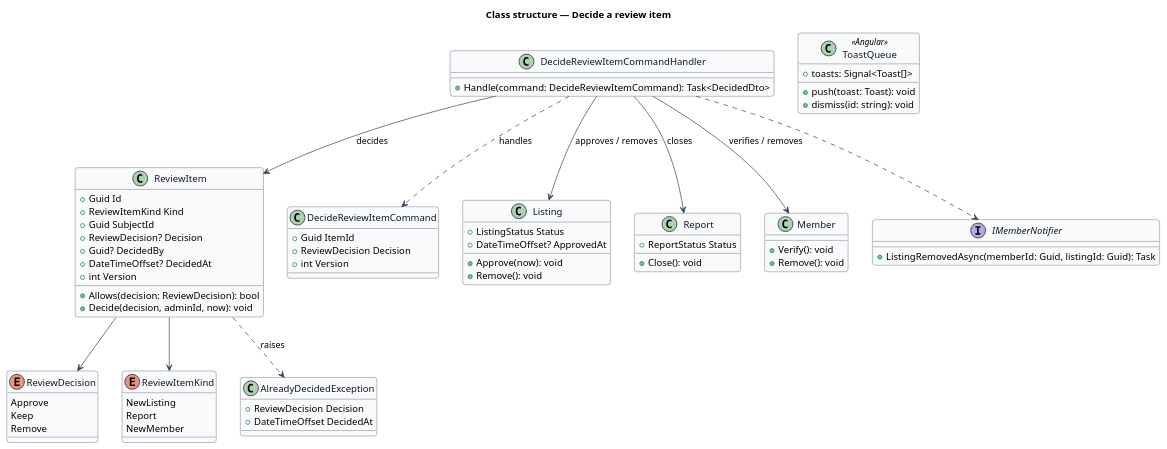
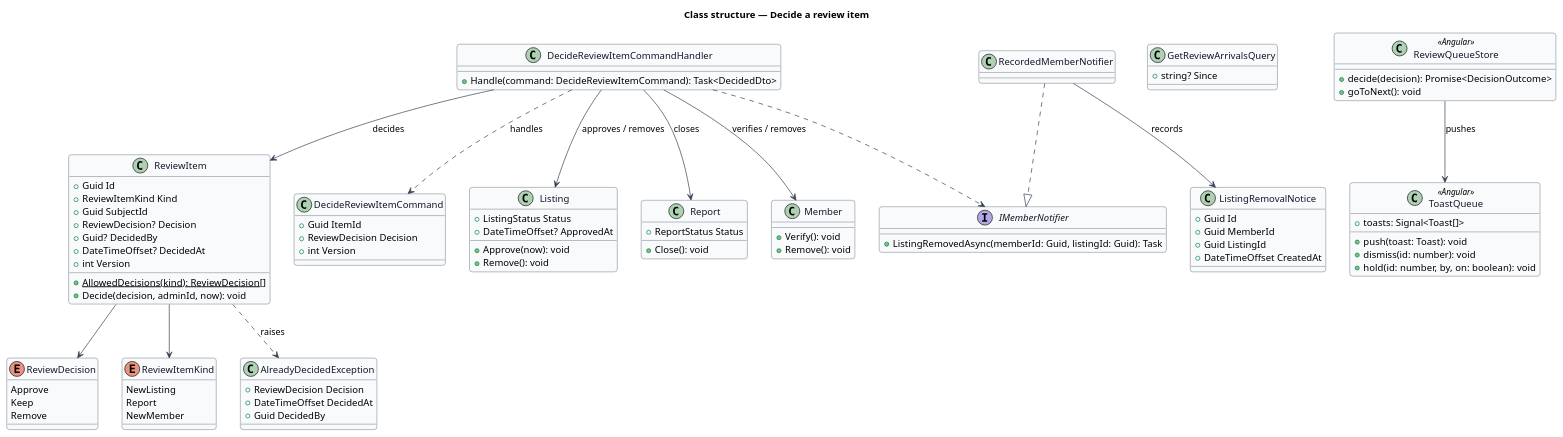
Before and after one commit to QuinntyneBrown/christian-rent: the diagram in docs/detailed-designs/review/decide-review-item/diagrams/class-structure.puml, drawn with PlantUML. The commit also changed 49 other files, not shown here.

```diff
--- a/docs/detailed-designs/review/decide-review-item/diagrams/class-structure.puml
+++ b/docs/detailed-designs/review/decide-review-item/diagrams/class-structure.puml
@@ -1,80 +1,99 @@
 @startuml
 ' --- shared skin header ---
 skinparam backgroundColor #FFFFFF
 skinparam shadowing false
 skinparam roundcorner 8
 skinparam defaultFontName Arial
 skinparam ArrowColor #344054
 skinparam class {
   BorderColor #344054
   FontColor #101828
   BackgroundColor #F9FAFB
 }
 ' --------------------------
 title Class structure — Decide a review item
 
 enum ReviewDecision {
   Approve
   Keep
   Remove
 }
 enum ReviewItemKind {
   NewListing
   Report
   NewMember
 }
 class ReviewItem {
   +Guid Id
   +ReviewItemKind Kind
   +Guid SubjectId
   +ReviewDecision? Decision
   +Guid? DecidedBy
   +DateTimeOffset? DecidedAt
   +int Version
-  +Allows(decision: ReviewDecision): bool
+  {static} +AllowedDecisions(kind): ReviewDecision[]
   +Decide(decision, adminId, now): void
 }
 class DecideReviewItemCommand {
   +Guid ItemId
   +ReviewDecision Decision
   +int Version
 }
 class DecideReviewItemCommandHandler {
   +Handle(command: DecideReviewItemCommand): Task<DecidedDto>
 }
 class AlreadyDecidedException {
   +ReviewDecision Decision
   +DateTimeOffset DecidedAt
+  +Guid DecidedBy
 }
+class ListingRemovalNotice {
+  +Guid Id
+  +Guid MemberId
+  +Guid ListingId
+  +DateTimeOffset CreatedAt
+}
+class RecordedMemberNotifier
 class Listing {
   +ListingStatus Status
   +DateTimeOffset? ApprovedAt
   +Approve(now): void
   +Remove(): void
 }
 class Report {
   +ReportStatus Status
   +Close(): void
 }
 class Member {
   +Verify(): void
   +Remove(): void
 }
 interface IMemberNotifier {
   +ListingRemovedAsync(memberId: Guid, listingId: Guid): Task
 }
+class GetReviewArrivalsQuery {
+  +string? Since
+}
+class ReviewQueueStore <<Angular>> {
+  +decide(decision): Promise<DecisionOutcome>
+  +goToNext(): void
+}
 class ToastQueue <<Angular>> {
   +toasts: Signal<Toast[]>
   +push(toast: Toast): void
-  +dismiss(id: string): void
+  +dismiss(id: number): void
+  +hold(id: number, by, on: boolean): void
 }
 ReviewItem --> ReviewItemKind
 ReviewItem --> ReviewDecision
 ReviewItem ..> AlreadyDecidedException : raises
 DecideReviewItemCommandHandler ..> DecideReviewItemCommand : handles
 DecideReviewItemCommandHandler --> ReviewItem : decides
 DecideReviewItemCommandHandler --> Listing : approves / removes
 DecideReviewItemCommandHandler --> Report : closes
 DecideReviewItemCommandHandler --> Member : verifies / removes
 DecideReviewItemCommandHandler ..> IMemberNotifier
+RecordedMemberNotifier ..|> IMemberNotifier
+RecordedMemberNotifier --> ListingRemovalNotice : records
+ReviewQueueStore --> ToastQueue : pushes
 @enduml
```
